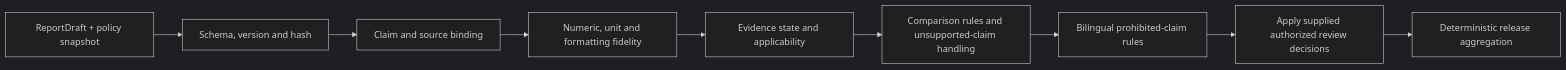
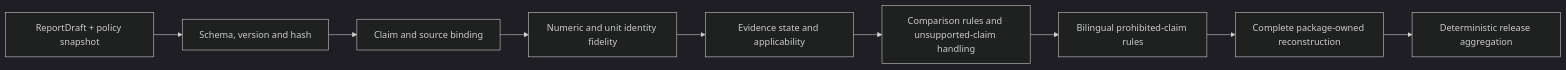
One commit to starvingarc/BRIDGE changed the diagram in docs/bridge_spec_v0.1/claim_verifier_task_card.md. Above: the diagram before and after it, drawn with Mermaid (dark theme). The commit also changed other lines of this file and 21 other files, not shown here.

````diff
--- a/docs/bridge_spec_v0.1/claim_verifier_task_card.md
+++ b/docs/bridge_spec_v0.1/claim_verifier_task_card.md
@@ -153,11 +152,11 @@
 ```mermaid
 flowchart LR
     A["ReportDraft + policy snapshot"] --> B["Schema, version and hash"]
     B --> C["Claim and source binding"]
-    C --> D["Numeric, unit and formatting fidelity"]
+    C --> D["Numeric and unit identity fidelity"]
     D --> E["Evidence state and applicability"]
     E --> F["Comparison rules and unsupported-claim handling"]
     F --> G["Bilingual prohibited-claim rules"]
-    G --> H["Apply supplied authorized review decisions"]
+    G --> H["Complete package-owned reconstruction"]
     H --> I["Deterministic release aggregation"]
 ```
````
